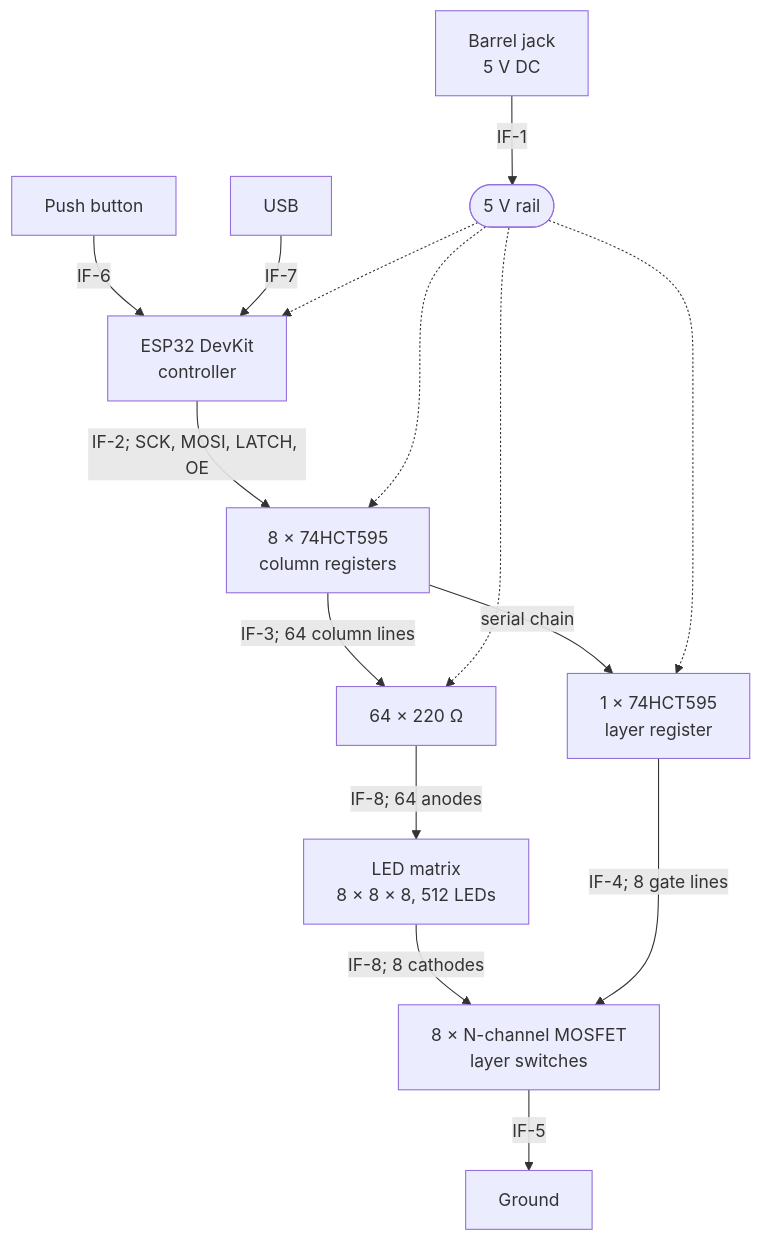
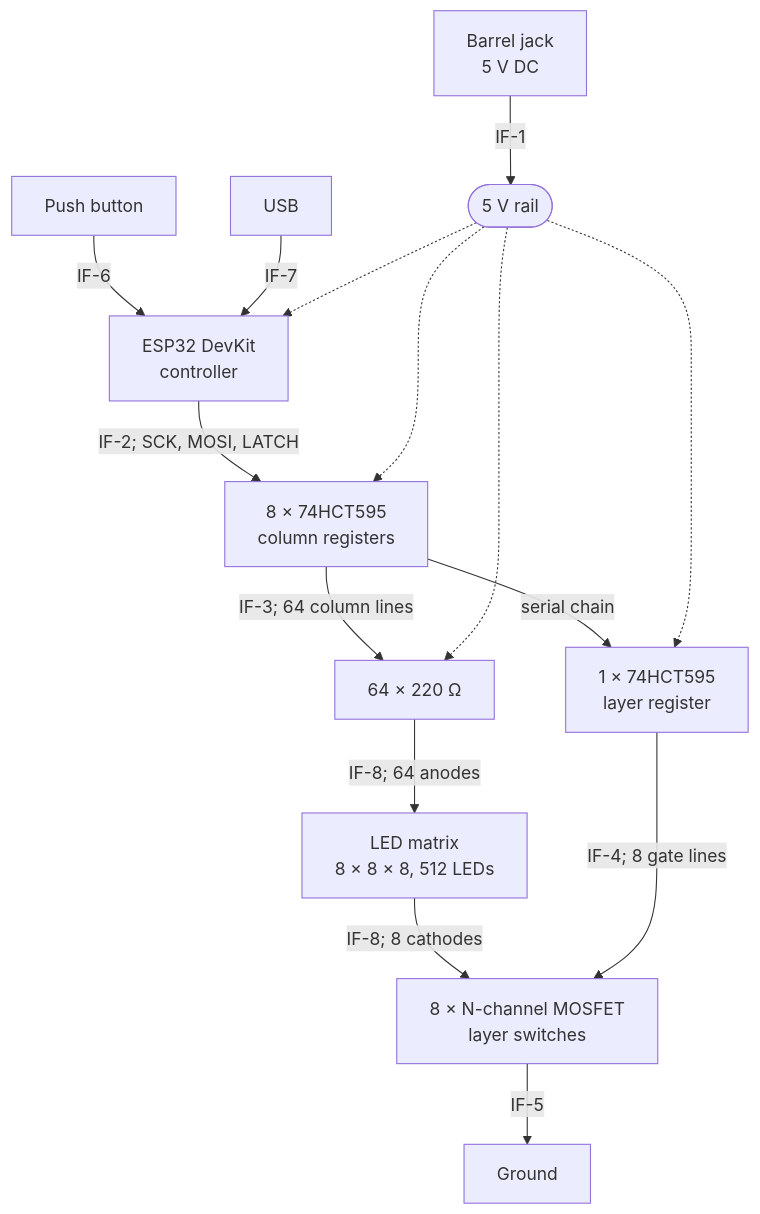
The diagram in docs/architecture.md (INiKkEI/led-cube), drawn with Mermaid before and after one commit. The commit also changed other lines of this file and 13 other files, not shown here.

````diff
--- a/docs/architecture.md
+++ b/docs/architecture.md
@@ -7,22 +7,22 @@
 ```mermaid
 flowchart TB
     JACK["Barrel jack<br/>5 V DC"] -->|IF-1| RAIL(["5 V rail"])
 
     BTN["Push button"] -->|IF-6| ESP["ESP32 DevKit<br/>controller"]
 
-    ESP -->|"IF-2; SCK, MOSI, LATCH, OE"| COL["8 × 74HCT595<br/>column registers"]
+    ESP -->|"IF-2; SCK, MOSI, LATCH"| COL["8 × 74HCT595<br/>column registers"]
     COL -->|"serial chain"| LAY["1 × 74HCT595<br/>layer register"]
 
     COL -->|"IF-3; 64 column lines"| RES["64 × 220 Ω"]
     RES -->|"IF-8; 64 anodes"| CUBE["LED matrix<br/>8 × 8 × 8, 512 LEDs"]
     CUBE -->|"IF-8; 8 cathodes"| SW["8 × N-channel MOSFET<br/>layer switches"]
     LAY -->|"IF-4; 8 gate lines"| SW
     SW -->|IF-5| GND["Ground"]
 
     USB["USB"] -->|IF-7| ESP
 
     RAIL -.-> ESP
     RAIL -.-> COL
     RAIL -.-> LAY
     RAIL -.-> RES
 ```
````
